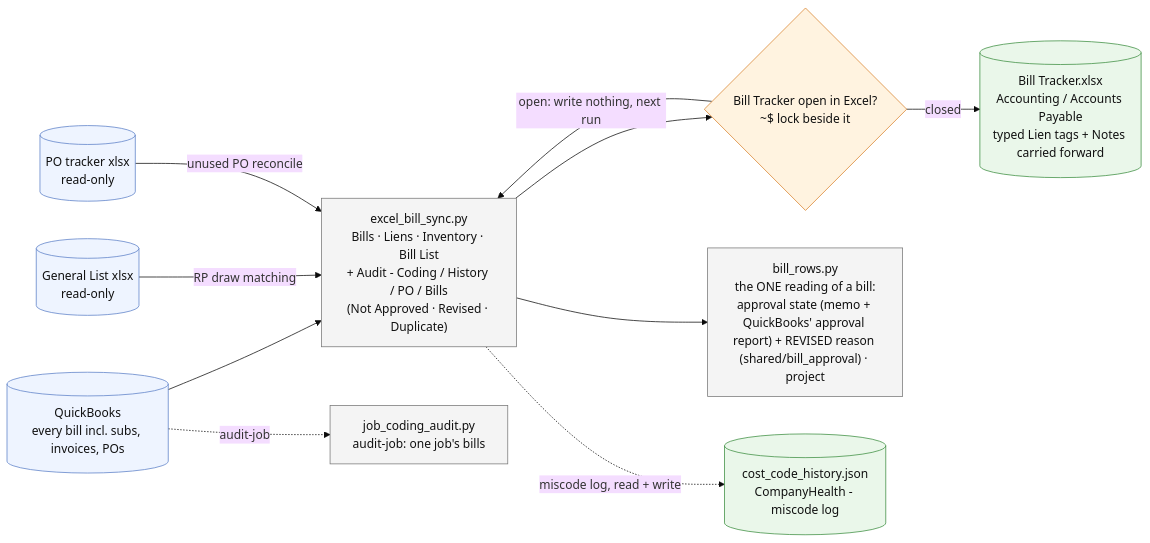
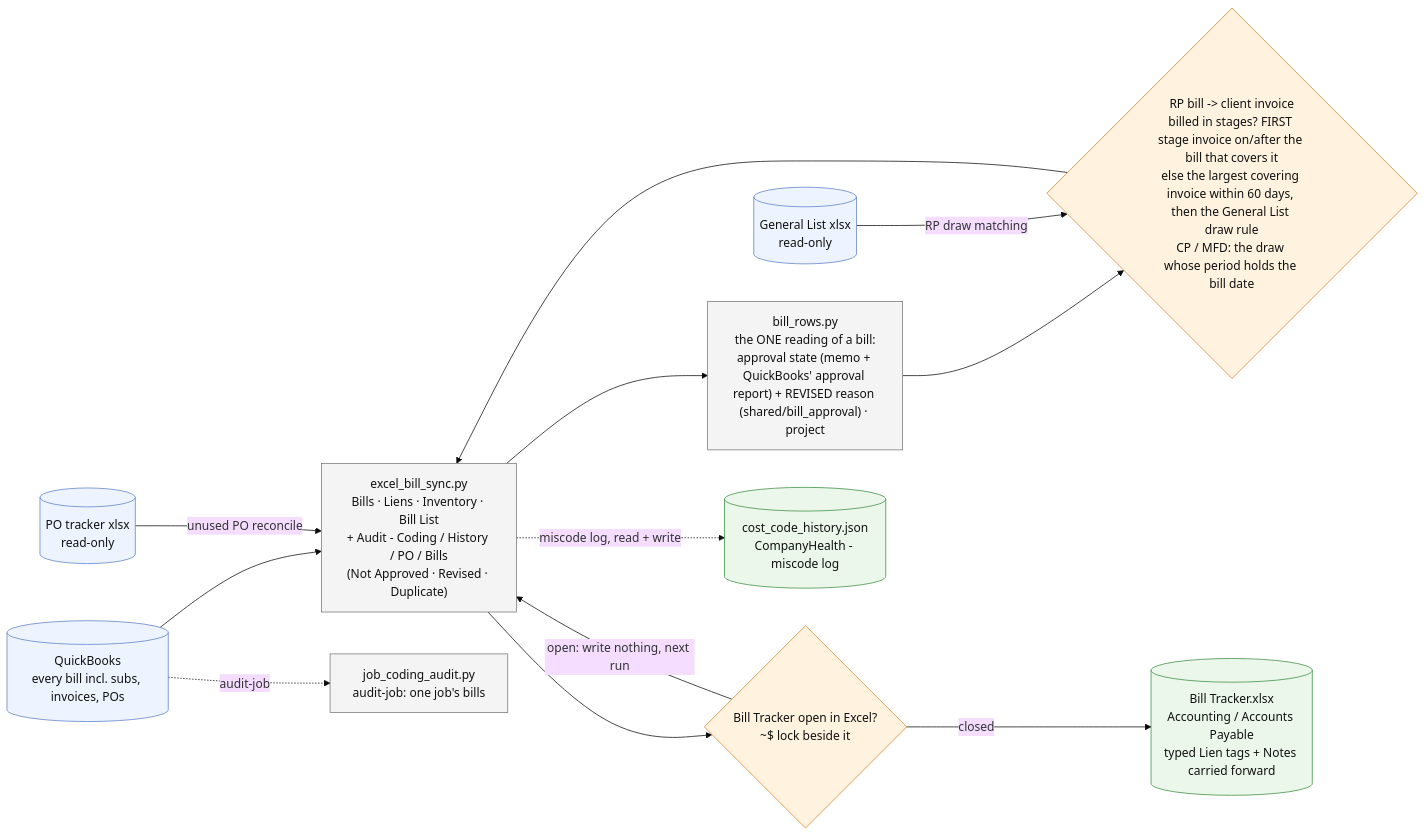
One commit to Ecarlo-Proficient/Claude-Report changed the diagram in bill-tracker/FLOW.md. Above: the diagram before and after it, drawn with Mermaid (base theme). The commit also changed other lines of this file and 12 other files, not shown here.

First line of the commit message:
bill-tracker: RP stage-invoice match + Bill Memo column + Approved icon

````diff
--- a/bill-tracker/FLOW.md
+++ b/bill-tracker/FLOW.md
@@ -8,28 +8,30 @@
 ```mermaid
 flowchart LR
     classDef src fill:#eef4ff,stroke:#5b7fc7,color:#111
     classDef tool fill:#f4f4f4,stroke:#777,color:#111
     classDef gate fill:#fff3e0,stroke:#d9822b,color:#111
     classDef out fill:#eaf7ea,stroke:#3c8d40,color:#111
 
     QBO[("QuickBooks<br/>every bill incl. subs, invoices, POs")]:::src
     GL[("General List xlsx<br/>read-only")]:::src
     POT[("PO tracker xlsx<br/>read-only")]:::src
     LOCK{"Bill Tracker open in Excel?<br/>~$ lock beside it"}:::gate
 
     BT["excel_bill_sync.py<br/>Bills · Liens · Inventory · Bill List<br/>+ Audit - Coding / History / PO / Bills<br/>(Not Approved · Revised · Duplicate)"]:::tool
     BR["bill_rows.py<br/>the ONE reading of a bill:<br/>approval state (memo + QuickBooks' approval report) + REVISED reason (shared/bill_approval) · project"]:::tool
     JCA["job_coding_audit.py<br/>audit-job: one job's bills"]:::tool
 
     BX[("Bill Tracker.xlsx<br/>Accounting / Accounts Payable<br/>typed Lien tags + Notes carried forward")]:::out
     CCH[("cost_code_history.json<br/>CompanyHealth - miscode log")]:::out
 
     QBO --> BT
     BT --> BR
-    GL -- "RP draw matching" --> BT
+    MATCH{"RP bill -> client invoice<br/>billed in stages? FIRST stage invoice on/after the bill that covers it<br/>else the largest covering invoice within 60 days, then the General List draw rule<br/>CP / MFD: the draw whose period holds the bill date"}:::gate
+    BR --> MATCH --> BT
+    GL -- "RP draw matching" --> MATCH
     POT -- "unused PO reconcile" --> BT
     BT --> LOCK -- "closed" --> BX
     LOCK -- "open: write nothing, next run" --> BT
     BT -. "miscode log, read + write" .-> CCH
     QBO -. "audit-job" .-> JCA
 ```
````
